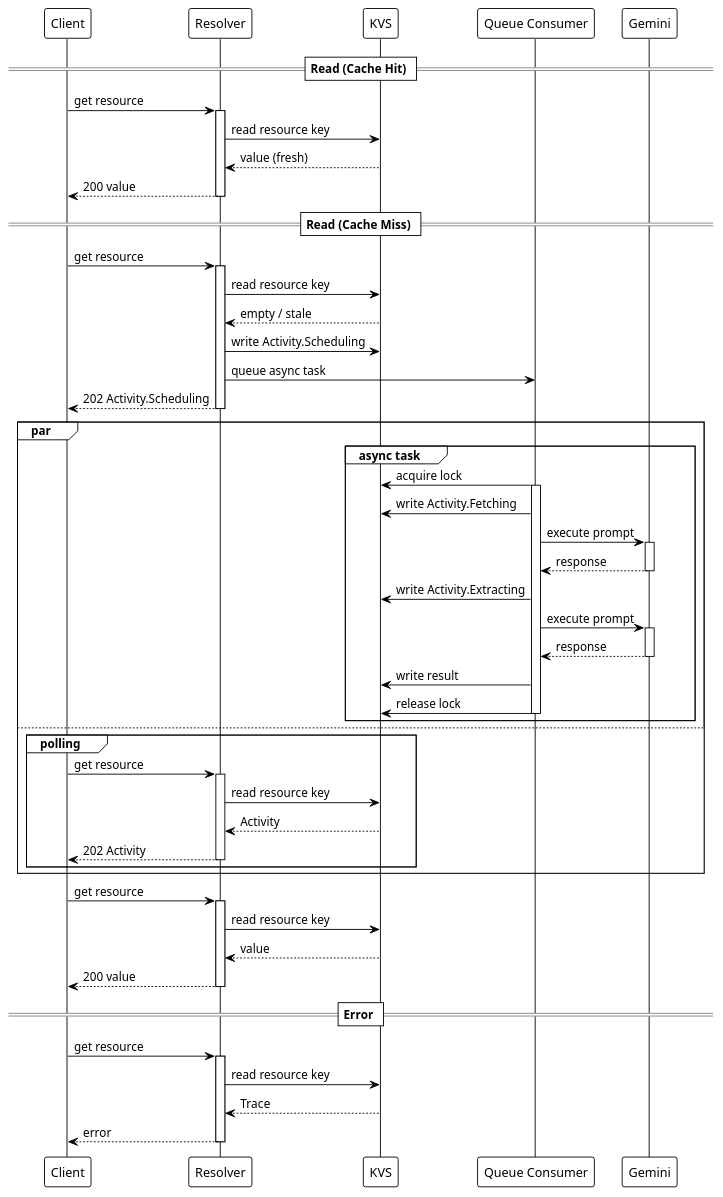
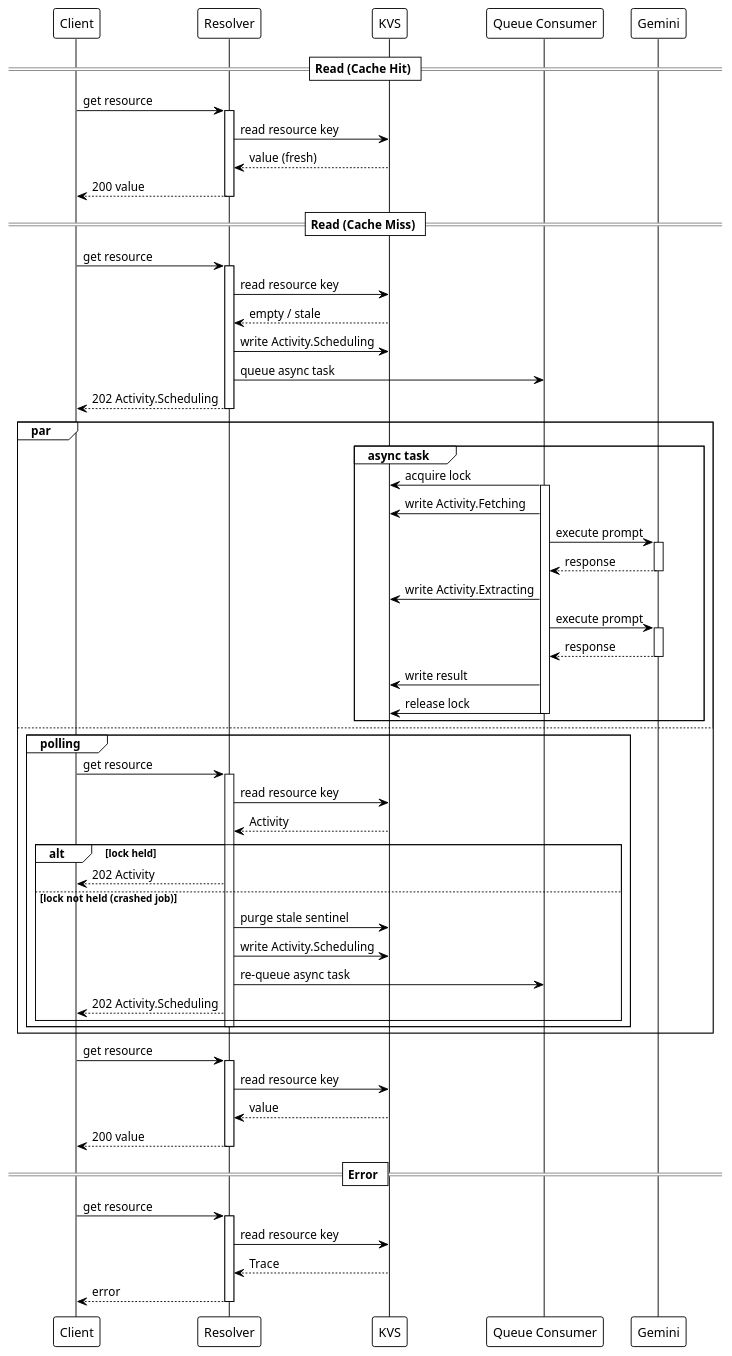
The diagram in docs/blueprints/workflow.puml (ec2u/phds), drawn with PlantUML before and after one commit. The commit also changed 5 other files, not shown here.

First line of the commit message:
fix: harden distributed locking and add stale sentinel recovery

```diff
--- a/docs/blueprints/workflow.puml
+++ b/docs/blueprints/workflow.puml
@@ -1,82 +1,91 @@
 @startuml EC2U PhD Agreements Tool Flow
 !theme plain
 
 participant "Client" as client
 participant "Resolver" as resolver
 participant "KVS" as kvs
 participant "Queue Consumer" as consumer
 participant "Gemini" as gemini
 
 == Read (Cache Hit) ==
 
 client -> resolver: get resource
 activate resolver
 resolver -> kvs: read resource key
 kvs --> resolver: value (fresh)
 resolver --> client: 200 value
 deactivate resolver
 
 == Read (Cache Miss) ==
 
 client -> resolver: get resource
 activate resolver
 resolver -> kvs: read resource key
 kvs --> resolver: empty / stale
 resolver -> kvs: write Activity.Scheduling
 resolver -> consumer: queue async task
 resolver --> client: 202 Activity.Scheduling
 deactivate resolver
 
 par
 
     group async task
         consumer -> kvs: acquire lock
         activate consumer
 
         consumer -> kvs: write Activity.Fetching
         consumer -> gemini: execute prompt
         activate gemini
         gemini --> consumer: response
         deactivate gemini
 
         consumer -> kvs: write Activity.Extracting
         consumer -> gemini: execute prompt
         activate gemini
         gemini --> consumer: response
         deactivate gemini
 
         consumer -> kvs: write result
         consumer -> kvs: release lock
         deactivate consumer
     end
 
 else
 
     group polling
         client -> resolver: get resource
         activate resolver
         resolver -> kvs: read resource key
         kvs --> resolver: Activity
-        resolver --> client: 202 Activity
+
+        alt lock held
+            resolver --> client: 202 Activity
+        else lock not held (crashed job)
+            resolver -> kvs: purge stale sentinel
+            resolver -> kvs: write Activity.Scheduling
+            resolver -> consumer: re-queue async task
+            resolver --> client: 202 Activity.Scheduling
+        end
+
         deactivate resolver
     end
 
 end
 
 client -> resolver: get resource
 activate resolver
 resolver -> kvs: read resource key
 kvs --> resolver: value
 resolver --> client: 200 value
 deactivate resolver
 
 == Error ==
 
 client -> resolver: get resource
 activate resolver
 resolver -> kvs: read resource key
 kvs --> resolver: Trace
 resolver --> client: error
 deactivate resolver
 
 @enduml
```
